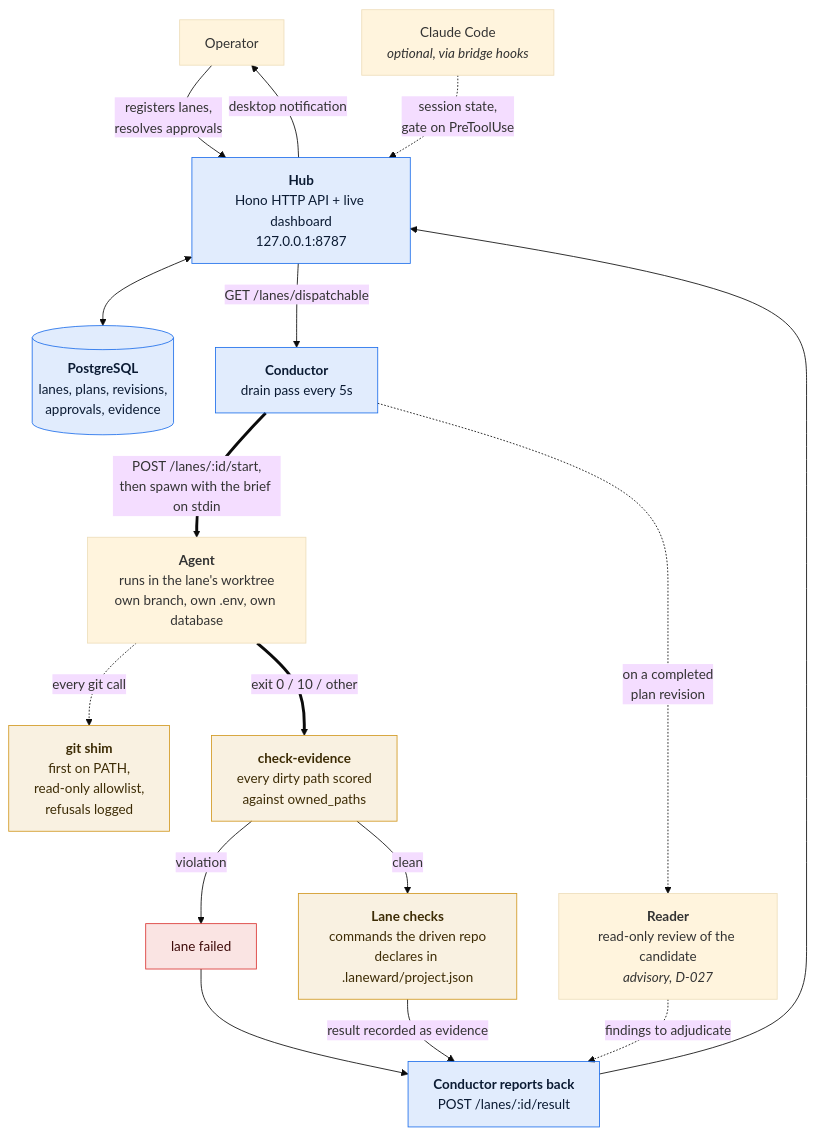
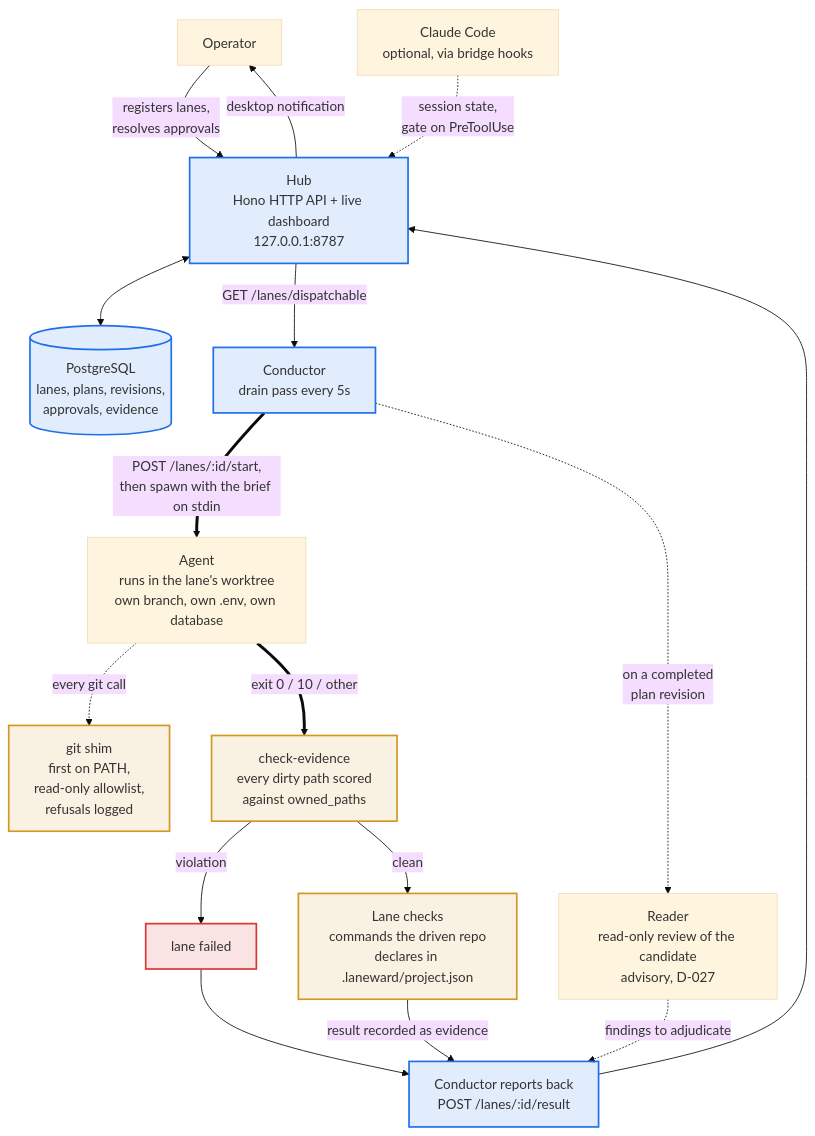
The first of 3 diagrams in README.md (aethrox/laneward), drawn with Mermaid (base theme) before and after one commit. The commit also changed other lines of this file, not shown here.

Commit message:
docs: make the diagrams survive dark mode and plain-text labels
The three diagrams were checked by rendering them on a white background with
mermaid's defaults, and they read perfectly there. GitHub renders mermaid in the
reader's own theme, and neither assumption held.

In dark mode every node styled through a classDef was unreadable. The classDefs
carried an explicit `color:` chosen against white, so the Hub, the database, the
conductor, the git shim, check-evidence and the lane checks rendered as dark text
on a dark fill: visible boxes with nothing legible in them. The colour
declarations are gone, so the theme now picks text that contrasts with whatever
background it drew. The translucent fills and the strokes work on both.

With HTML labels disabled the `<b>` and `<i>` tags printed literally, as
`<b> Hub </b>`. Every one of them is gone; a node's name on its own first line
already reads as a heading, so nothing was lost. `<br/>` stays, since mermaid
handles line breaks itself either way.

Verified by rendering all three under a dark theme and again with html labels
switched off, and looking at the six images rather than trusting that the syntax
parsed.

````diff
--- a/README.md
+++ b/README.md
@@ -48,33 +48,33 @@
 ```mermaid
 flowchart TB
     OP["Operator"] -->|"registers lanes,<br/>resolves approvals"| HUB
-    CC["Claude Code<br/><i>optional, via bridge hooks</i>"] -.->|"session state,<br/>gate on PreToolUse"| HUB
+    CC["Claude Code<br/>optional, via bridge hooks"] -.->|"session state,<br/>gate on PreToolUse"| HUB
 
-    HUB["<b>Hub</b><br/>Hono HTTP API + live dashboard<br/>127.0.0.1:8787"] <--> DB[("<b>PostgreSQL</b><br/>lanes, plans, revisions,<br/>approvals, evidence")]
+    HUB["Hub<br/>Hono HTTP API + live dashboard<br/>127.0.0.1:8787"] <--> DB[("PostgreSQL<br/>lanes, plans, revisions,<br/>approvals, evidence")]
 
-    HUB -->|"GET /lanes/dispatchable"| COND["<b>Conductor</b><br/>drain pass every 5s"]
+    HUB -->|"GET /lanes/dispatchable"| COND["Conductor<br/>drain pass every 5s"]
     COND ==>|"POST /lanes/:id/start,<br/>then spawn with the brief on stdin"| AG
 
-    AG["<b>Agent</b><br/>runs in the lane's worktree<br/>own branch, own .env, own database"]
-    AG -.->|"every git call"| SHIM["<b>git shim</b><br/>first on PATH,<br/>read-only allowlist,<br/>refusals logged"]
+    AG["Agent<br/>runs in the lane's worktree<br/>own branch, own .env, own database"]
+    AG -.->|"every git call"| SHIM["git shim<br/>first on PATH,<br/>read-only allowlist,<br/>refusals logged"]
     AG ==>|"exit 0 / 10 / other"| EV
 
-    EV["<b>check-evidence</b><br/>every dirty path scored<br/>against owned_paths"]
+    EV["check-evidence<br/>every dirty path scored<br/>against owned_paths"]
     EV -->|"violation"| FAIL["lane failed"]
-    EV -->|"clean"| LC["<b>Lane checks</b><br/>commands the driven repo<br/>declares in .laneward/project.json"]
+    EV -->|"clean"| LC["Lane checks<br/>commands the driven repo<br/>declares in .laneward/project.json"]
 
-    LC -->|"result recorded as evidence"| BACK["<b>Conductor reports back</b><br/>POST /lanes/:id/result"]
+    LC -->|"result recorded as evidence"| BACK["Conductor reports back<br/>POST /lanes/:id/result"]
     FAIL --> BACK
     BACK --> HUB
 
-    COND -.->|"on a completed<br/>plan revision"| RD["<b>Reader</b><br/>read-only review of the candidate<br/><i>advisory, D-027</i>"]
+    COND -.->|"on a completed<br/>plan revision"| RD["Reader<br/>read-only review of the candidate<br/>advisory, D-027"]
     RD -.->|"findings to adjudicate"| BACK
     HUB -->|"desktop notification"| OP
 
-    classDef core fill:#1f6feb22,stroke:#1f6feb,color:#0b1b33
-    classDef guard fill:#d2992222,stroke:#d29922,color:#3d2c05
-    classDef bad fill:#da363322,stroke:#da3633,color:#3d0a09
+    classDef core fill:#1f6feb22,stroke:#1f6feb,stroke-width:2px
+    classDef guard fill:#d2992222,stroke:#d29922,stroke-width:2px
+    classDef bad fill:#da363322,stroke:#da3633,stroke-width:2px
     class HUB,COND,DB,BACK core
     class EV,LC,SHIM guard
     class FAIL bad
 ```
````
